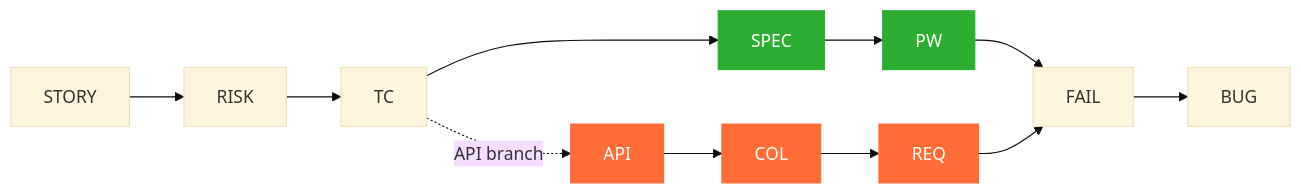
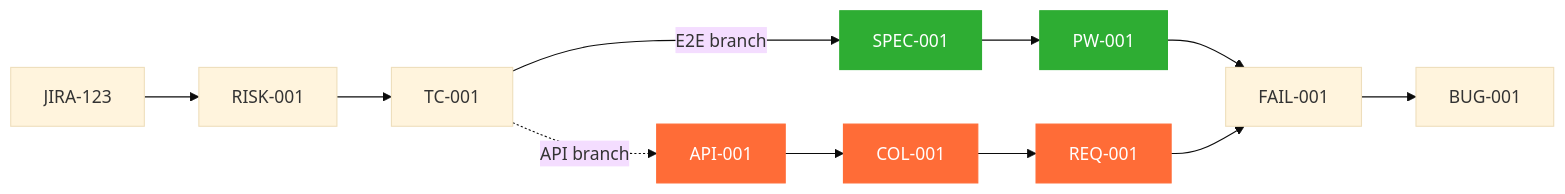
The second of 2 diagrams in README.md (MiltonKlun/Qaizen), drawn with Mermaid (base theme) before and after one commit. The commit also changed other lines of this file, not shown here.

First line of the commit message:
docs(readme): tighten the README, use live badges, and show the gates in the flow diagram (#99)

````diff
--- a/README.md
+++ b/README.md
@@ -139,11 +114,11 @@
 ```mermaid
 flowchart LR
-    STORY --> RISK --> TC
-    TC --> SPEC --> PW --> FAIL --> BUG
-    TC -. API branch .-> API --> COL --> REQ --> FAIL
+    STORY[JIRA-123] --> RISK[RISK-001] --> TC[TC-001]
+    TC -- E2E branch --> SPEC[SPEC-001] --> PW[PW-001] --> FAIL[FAIL-001] --> BUG[BUG-001]
+    TC -. API branch .-> API[API-001] --> COL[COL-001] --> REQ[REQ-001] --> FAIL
 
-    classDef e2e fill:#2ead33,stroke:#2ead33,color:#fff;
-    classDef api fill:#ff6c37,stroke:#ff6c37,color:#fff;
-    class SPEC,PW e2e;
-    class API,COL,REQ api;
+    classDef e2e fill:#2ead33,stroke:#2ead33,color:#fff
+    classDef api fill:#ff6c37,stroke:#ff6c37,color:#fff
+    class SPEC,PW e2e
+    class API,COL,REQ api
 ```
````
